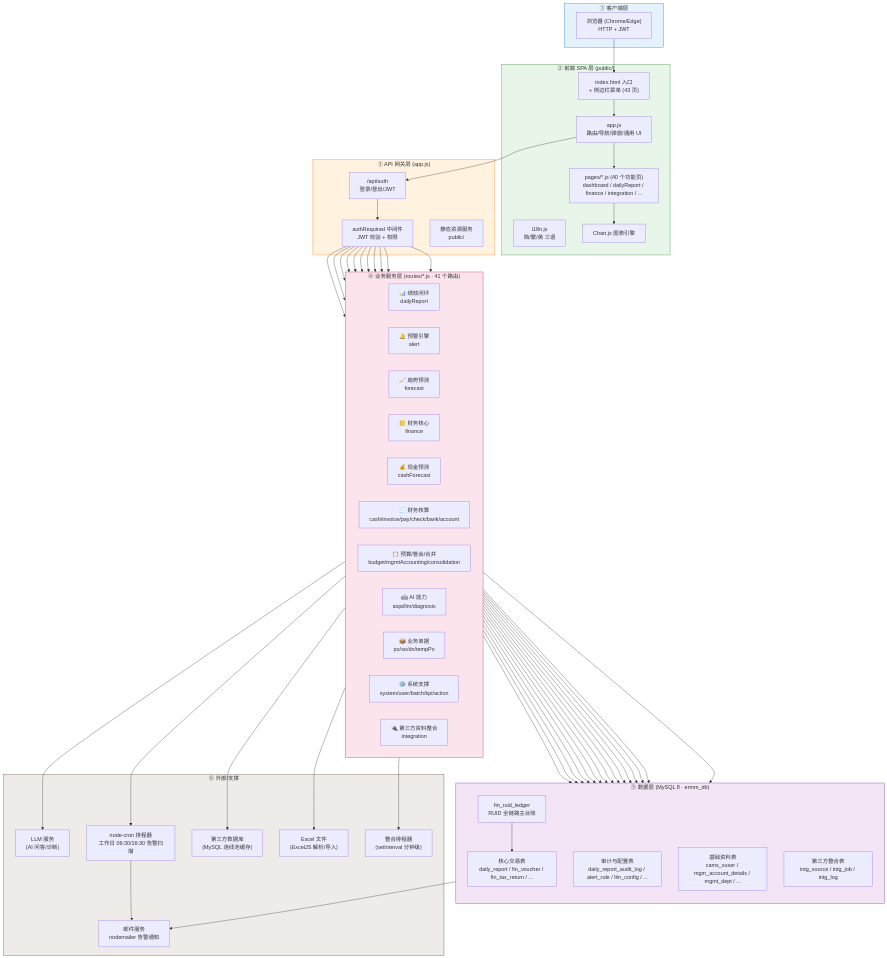
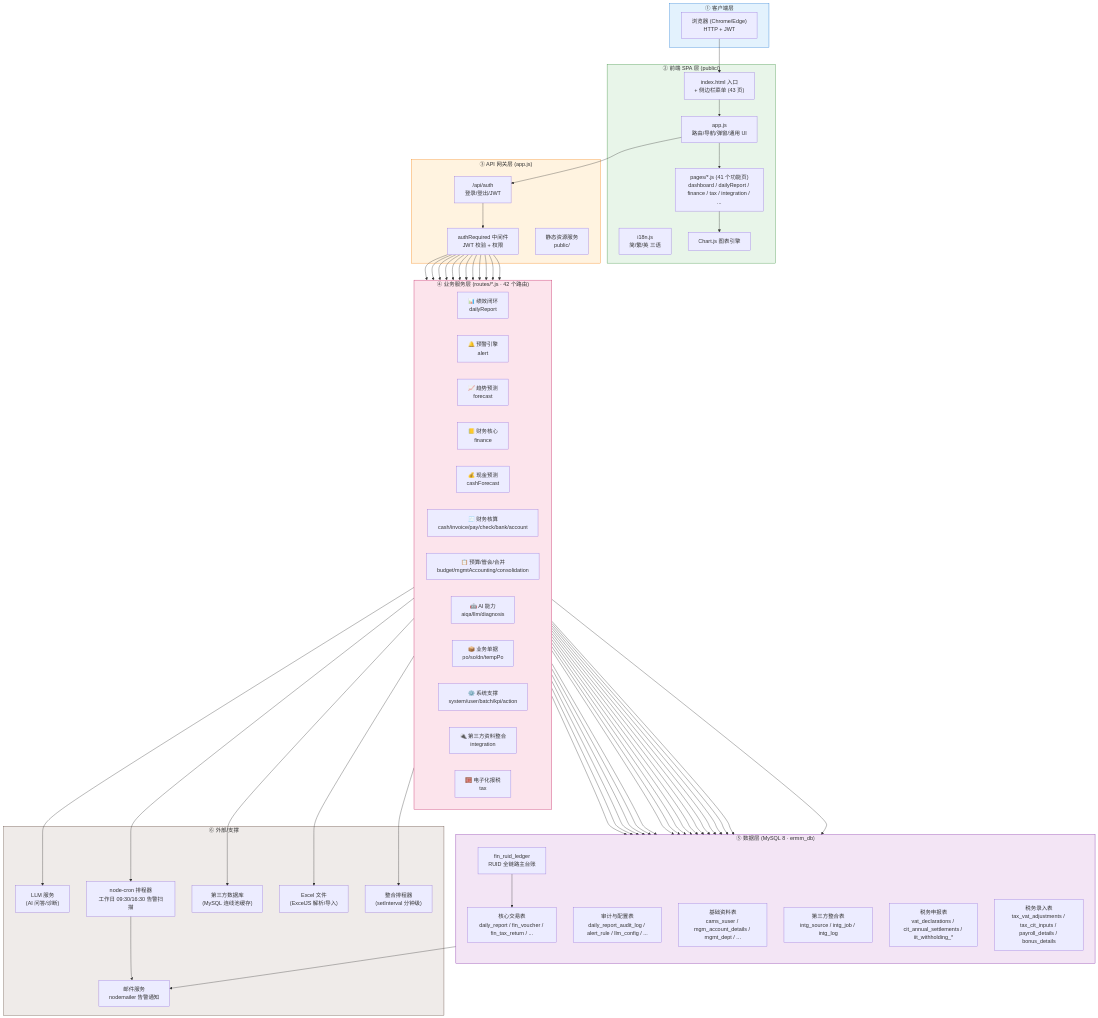
One commit to rocky1953/ERMM-finance-system changed the first of 13 diagrams in docs/ERMM_系統架構與模組資料表關係圖.md. Above: the diagram before and after it, drawn with Mermaid. The commit also changed other lines of this file and 80 other files, not shown here.

First line of the commit message:
feat: ERP 制造四表、导入模板与系统架构图

````diff
--- a/docs/ERMM_系統架構與模組資料表關係圖.md
+++ b/docs/ERMM_系統架構與模組資料表關係圖.md
@@ -10,78 +10,82 @@
 ```mermaid
 flowchart TB
     subgraph CLIENT["① 客户端层"]
         Browser["浏览器 (Chrome/Edge)<br/>HTTP + JWT"]
     end
 
     subgraph FRONTEND["② 前端 SPA 层 (public/)"]
         Index["index.html 入口<br/>+ 侧边栏菜单 (43 页)"]
         App["app.js<br/>路由/导航/弹窗/通用 UI"]
         I18n["i18n.js<br/>简/繁/英 三语"]
-        Pages["pages/*.js (40 个功能页)<br/>dashboard / dailyReport / finance / integration / ..."]
+        Pages["pages/*.js (41 个功能页)<br/>dashboard / dailyReport / finance / tax / integration / ..."]
         Chart["Chart.js 图表引擎"]
     end
 
     subgraph GATEWAY["③ API 网关层 (app.js)"]
         Auth["/api/auth<br/>登录/登出/JWT"]
         AuthReq["authRequired 中间件<br/>JWT 校验 + 权限"]
         Static["静态资源服务<br/>public/"]
     end
 
-    subgraph SERVICE["④ 业务服务层 (routes/*.js · 41 个路由)"]
+    subgraph SERVICE["④ 业务服务层 (routes/*.js · 42 个路由)"]
         direction LR
         S1["📊 绩效闭环<br/>dailyReport"]
         S2["🔔 预警引擎<br/>alert"]
         S3["📈 趋势预测<br/>forecast"]
         S4["📒 财务核心<br/>finance"]
         S5["💰 现金预测<br/>cashForecast"]
         S6["🧾 财务核算<br/>cash/invoice/pay/check/bank/account"]
         S7["📋 预算/管会/合并<br/>budget/mgmtAccounting/consolidation"]
         S8["🤖 AI 能力<br/>aiqa/llm/diagnosis"]
         S9["📦 业务单据<br/>po/so/dn/tempPo"]
         S10["⚙️ 系统支撑<br/>system/user/batch/kpi/action"]
         S11["🔌 第三方资料整合<br/>integration"]
+        S12["🧮 电子化报税<br/>tax"]
     end
 
     subgraph DATA["⑤ 数据层 (MySQL 8 · ermm_db)"]
         direction TB
         CoreT["核心交易表<br/>daily_report / fin_voucher / fin_tax_return / ..."]
         AuditT["审计与配置表<br/>daily_report_audit_log / alert_rule / llm_config / ..."]
         BaseT["基础资料表<br/>cams_xuser / mgm_account_details / mgmt_dept / ..."]
         Ledger["fin_ruid_ledger<br/>RUID 全链路主台账"]
         IntgT["第三方整合表<br/>intg_source / intg_job / intg_log"]
+        TaxT["税务申报表<br/>vat_declarations / cit_annual_settlements / iit_withholding_*"]
+        TaxIn["税务录入表<br/>tax_vat_adjustments / tax_cit_inputs / payroll_details / bonus_details"]
     end
 
     subgraph EXTERNAL["⑥ 外部/支撑"]
         LLM["LLM 服务<br/>(AI 问答/诊断)"]
         Mailer["邮件服务<br/>nodemailer 告警通知"]
         Scheduler["node-cron 排程器<br/>工作日 09:30/16:30 告警扫描"]
         ThirdPartyDB["第三方数据库<br/>(MySQL 连线池缓存)"]
         ExcelFile["Excel 文件<br/>(ExcelJS 解析/导入)"]
         IntgSched["整合排程器<br/>(setInterval 分钟级)"]
     end
 
     Browser --> Index
     Index --> App --> Pages --> Chart
     App --> Auth --> AuthReq
-    AuthReq --> S1 & S2 & S3 & S4 & S5 & S6 & S7 & S8 & S9 & S10 & S11
+    AuthReq --> S1 & S2 & S3 & S4 & S5 & S6 & S7 & S8 & S9 & S10 & S11 & S12
     S1 --> CoreT & AuditT
     S2 --> AuditT & Scheduler --> Mailer
     S3 --> CoreT
     S4 --> Ledger & CoreT
     S5 --> CoreT
     S6 --> CoreT
     S7 --> CoreT
     S8 --> LLM & CoreT
     S9 --> CoreT
     S10 --> BaseT & AuditT
     S11 --> IntgT & CoreT
     S11 --> ThirdPartyDB & ExcelFile & IntgSched
+    S12 --> TaxT & TaxIn & CoreT
     Ledger --> CoreT
 
     style CLIENT fill:#e3f2fd,stroke:#1976d2
     style FRONTEND fill:#e8f5e9,stroke:#388e3c
     style GATEWAY fill:#fff3e0,stroke:#f57c00
     style SERVICE fill:#fce4ec,stroke:#c2185b
     style DATA fill:#f3e5f5,stroke:#7b1fa2
     style EXTERNAL fill:#efebe9,stroke:#5d4037
 ```
````
